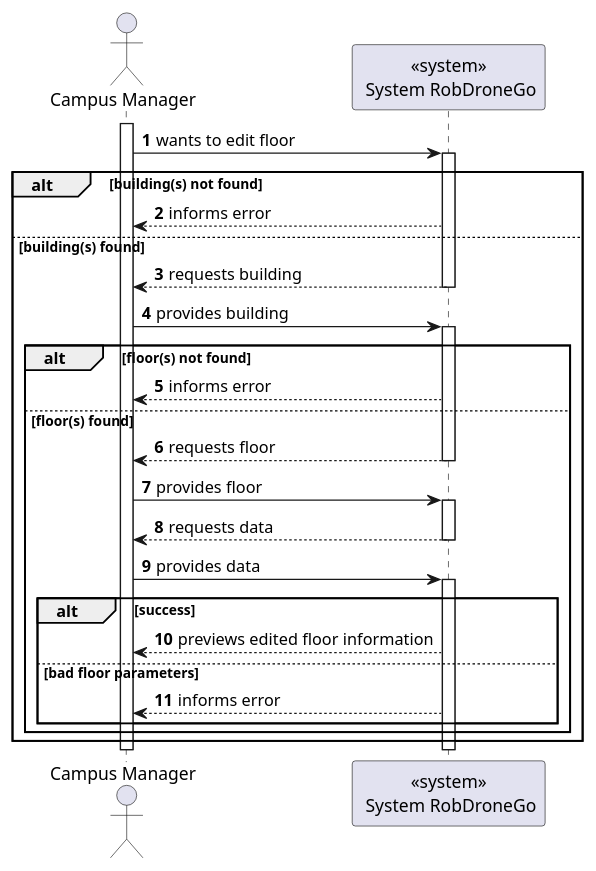
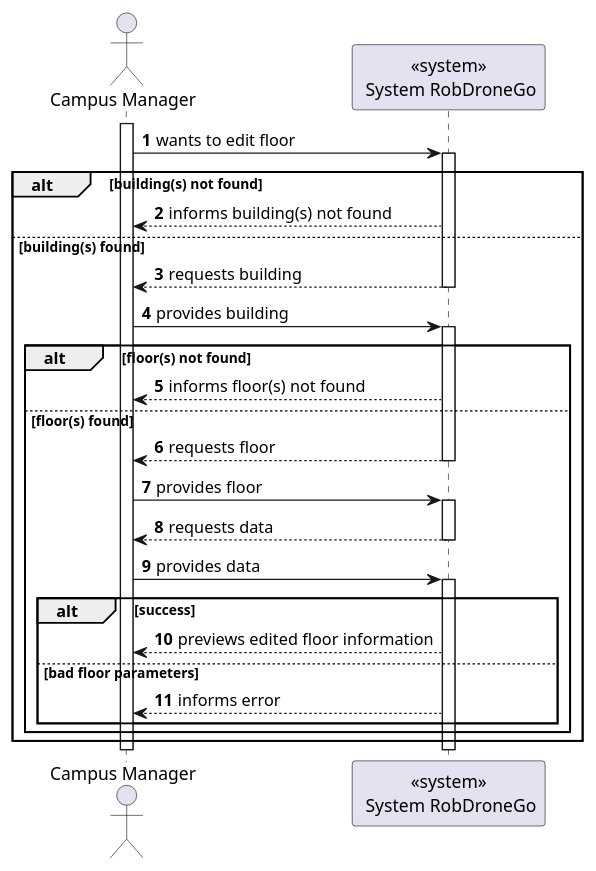
The diagram in docs/us1110/level1/process-view.puml (Departamento-de-Engenharia-Informatica/lapr5-23-24-g19), drawn with PlantUML before and after one commit. The commit also changed 5 other files, not shown here.

```diff
--- a/docs/us1110/level1/process-view.puml
+++ b/docs/us1110/level1/process-view.puml
@@ -1,43 +1,43 @@
 @startuml
 autonumber
 
 actor "Campus Manager" as usr
 
 participant "<<system>>\n System RobDroneGo" as sys
 
 activate usr
     usr -> sys : wants to edit floor
     activate sys
     alt building(s) not found
-        sys --> usr : informs error
+        sys --> usr : informs building(s) not found
     else building(s) found
 
         sys --> usr : requests building
     deactivate sys
 
     usr -> sys : provides building
     activate sys
         alt floor(s) not found
-            sys --> usr : informs error
+            sys --> usr : informs floor(s) not found
         else floor(s) found
             sys --> usr : requests floor
             deactivate sys
 
             usr -> sys : provides floor
             activate sys
                 sys --> usr : requests data
             deactivate sys
 
     usr -> sys : provides data
     activate sys
         alt success
             sys --> usr : previews edited floor information
         else bad floor parameters
             sys --> usr : informs error
         end
     end
 end
     deactivate sys
 deactivate usr
 
 @enduml
```
